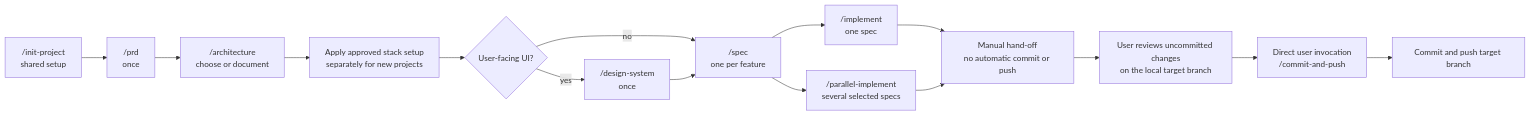
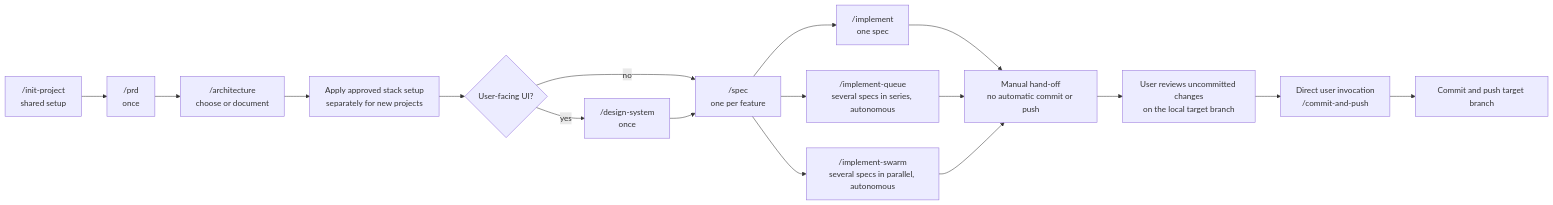
One commit to the-blue-coder/agentic-starter changed the first of 3 diagrams in README.md. Above: the diagram before and after it, drawn with Mermaid. The commit also changed other lines of this file and 26 other files, not shown here.

````diff
--- a/README.md
+++ b/README.md
@@ -11,17 +11,19 @@
 ```mermaid
 flowchart LR
   init["/init-project<br/>shared setup"] --> prd["/prd<br/>once"]
   prd --> arch["/architecture<br/>choose or document"]
   arch --> setup["Apply approved stack setup<br/>separately for new projects"]
   setup --> ui{"User-facing UI?"}
   ui -- no --> spec["/spec<br/>one per feature"]
   ui -- yes --> design["/design-system<br/>once"]
   design --> spec
   spec --> implement["/implement<br/>one spec"]
-  spec --> parallel["/parallel-implement<br/>several selected specs"]
+  spec --> queue["/implement-queue<br/>several specs in series, autonomous"]
+  spec --> parallel["/implement-swarm<br/>several specs in parallel, autonomous"]
   implement --> handoff["Manual hand-off<br/>no automatic commit or push"]
+  queue --> handoff
   parallel --> handoff
   handoff --> review["User reviews uncommitted changes<br/>on the local target branch"]
   review --> ship["Direct user invocation<br/>/commit-and-push"]
   ship --> push["Commit and push target branch"]
 ```
````
